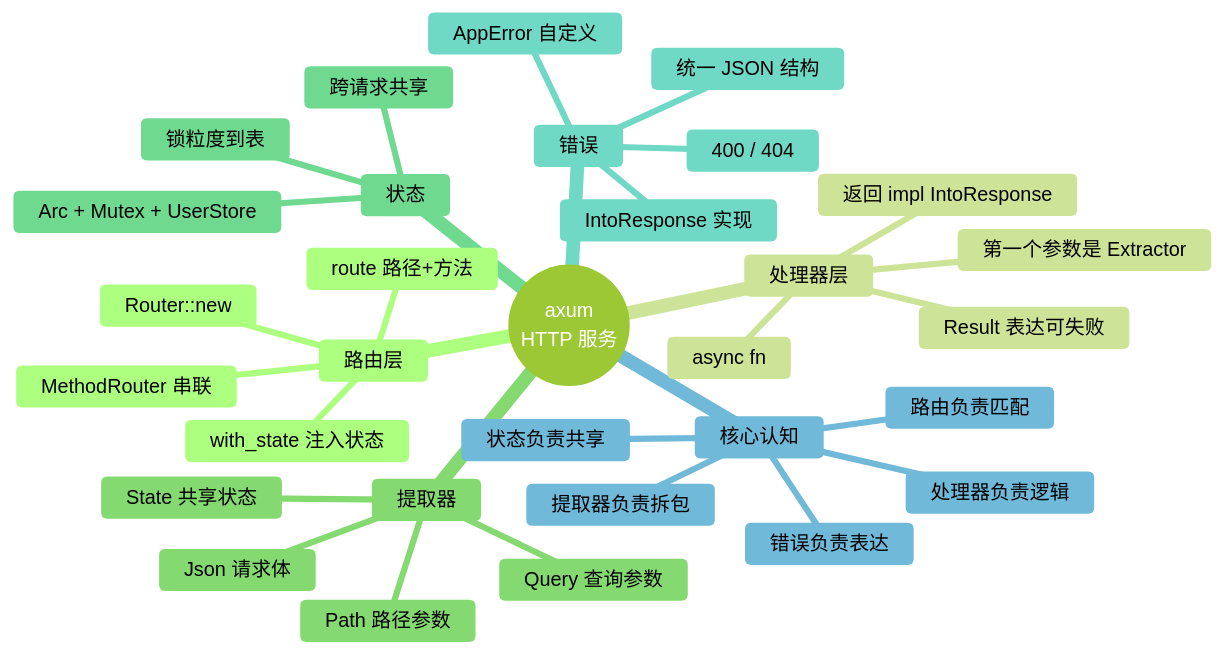
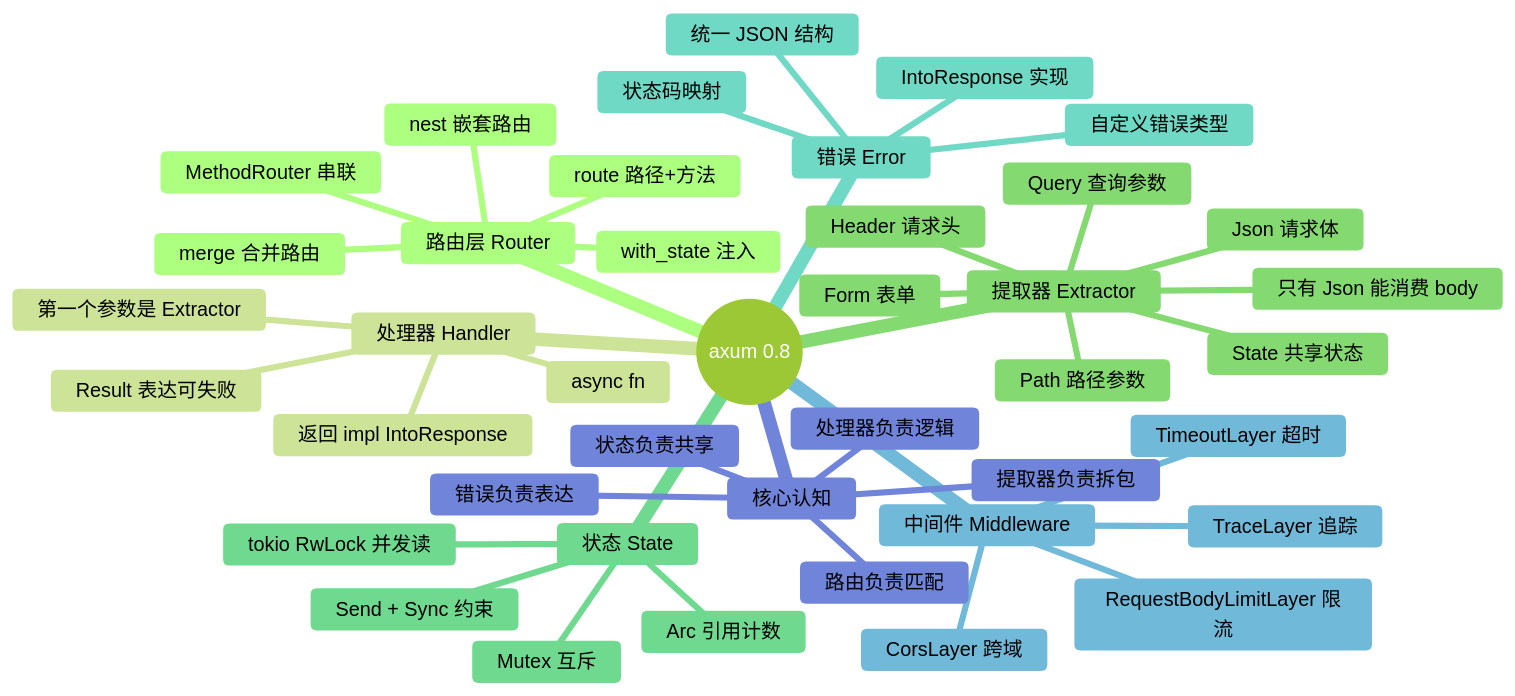
Before and after one commit to heheshang/agent-learn: the fourth of 4 diagrams in 01-axum/README.md, drawn with Mermaid (forest theme). The commit also changed other lines of this file and 90 other files, not shown here.

````diff
--- a/01-axum/README.md
+++ b/01-axum/README.md
@@ -114,34 +187,44 @@
 ```mermaid
 mindmap
-  root((axum<br/>HTTP 服务))
-    路由层
-      Router::new
+  root((axum 0.8))
+    路由层 Router
       route 路径+方法
       MethodRouter 串联
-      with_state 注入状态
-    处理器层
+      with_state 注入
+      nest 嵌套路由
+      merge 合并路由
+    处理器 Handler
       async fn
       第一个参数是 Extractor
       返回 impl IntoResponse
       Result 表达可失败
-    提取器
+    提取器 Extractor
       State 共享状态
       Path 路径参数
       Query 查询参数
       Json 请求体
-    状态
-      Arc + Mutex + UserStore
-      跨请求共享
-      锁粒度到表
-    错误
-      AppError 自定义
+      Form 表单
+      Header 请求头
+      只有 Json 能消费 body
+    状态 State
+      Arc 引用计数
+      Mutex 互斥
+      tokio RwLock 并发读
+      Send + Sync 约束
+    错误 Error
+      自定义错误类型
       IntoResponse 实现
       统一 JSON 结构
-      400 / 404
+      状态码映射
+    中间件 Middleware
+      TraceLayer 追踪
+      TimeoutLayer 超时
+      RequestBodyLimitLayer 限流
+      CorsLayer 跨域
     核心认知
       路由负责匹配
       处理器负责逻辑
       提取器负责拆包
       状态负责共享
       错误负责表达
 ```
````
